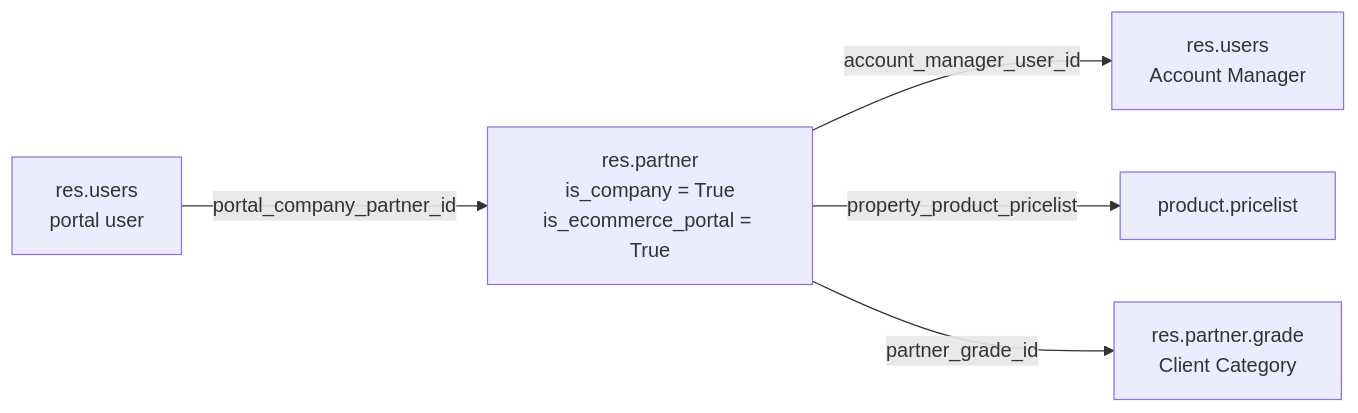
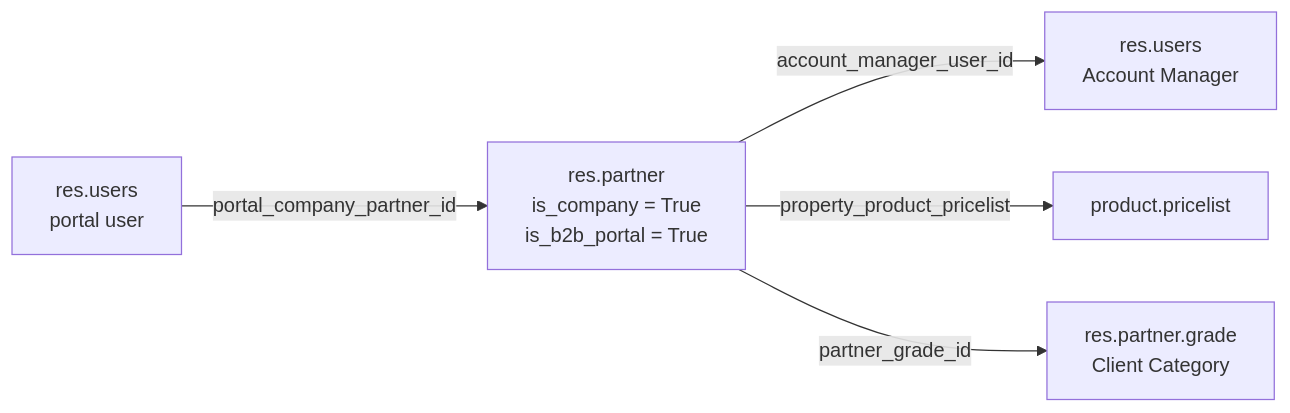
One commit to LaplaceSoftware/lp_projects_docs changed the second of 3 diagrams in docs/b2b_ecommerce_docs/_technical_docs/005-Domain-Model.md. Above: the diagram before and after it, drawn with Mermaid. The commit also changed other lines of this file and 21 other files, not shown here.

First line of the commit message:
Sync b2b_ecommerce_docs: catch up technical docs and user guide through build 12

````diff
--- a/docs/b2b_ecommerce_docs/_technical_docs/005-Domain-Model.md
+++ b/docs/b2b_ecommerce_docs/_technical_docs/005-Domain-Model.md
@@ -51,7 +51,7 @@
 ```mermaid
 flowchart LR
-    U["res.users<br/>portal user"] -->|portal_company_partner_id| C["res.partner<br/>is_company = True<br/>is_ecommerce_portal = True"]
+    U["res.users<br/>portal user"] -->|portal_company_partner_id| C["res.partner<br/>is_company = True<br/>is_b2b_portal = True"]
     C -->|account_manager_user_id| AM["res.users<br/>Account Manager"]
     C -->|property_product_pricelist| PL["product.pricelist"]
     C -->|partner_grade_id| G["res.partner.grade<br/>Client Category"]
 ```
````
